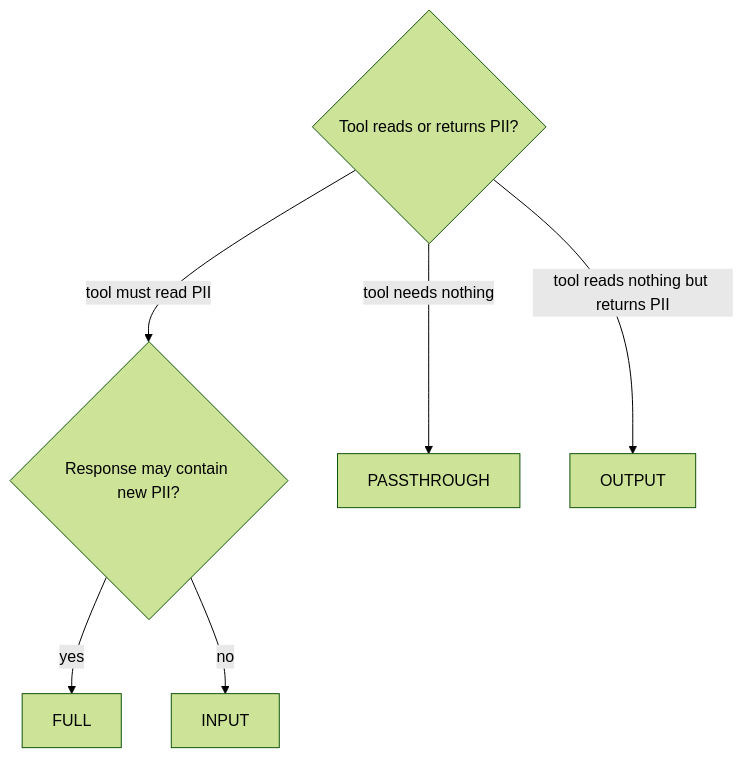
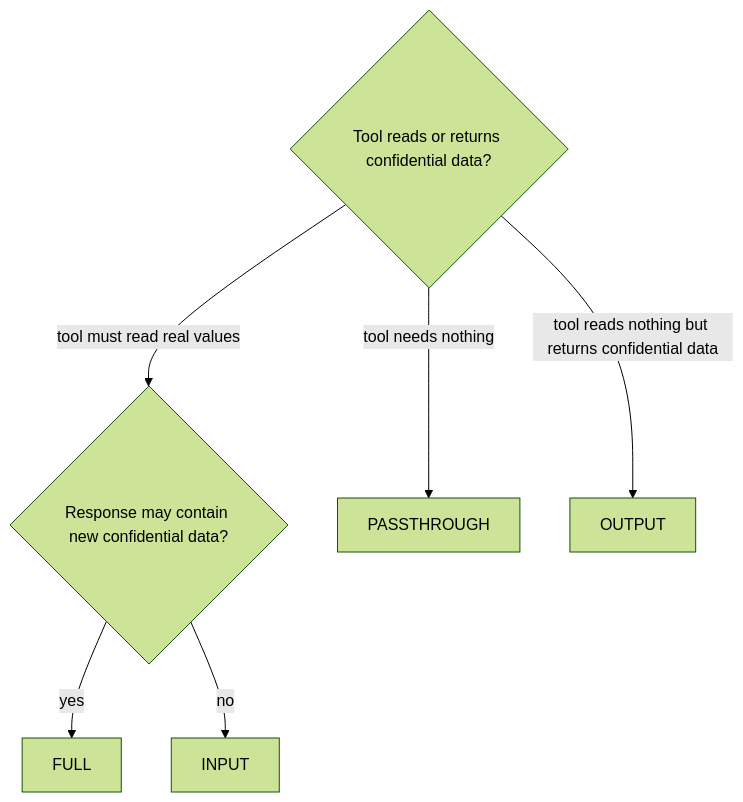
The second of 2 diagrams in docs/en/tool-call-strategies.md (Athroniaeth/piighost), drawn with Mermaid (forest theme) before and after one commit. The commit also changed other lines of this file and 62 other files, not shown here.

First line of the commit message:
docs: confidential data and de-identification across every page

````diff
--- a/docs/en/tool-call-strategies.md
+++ b/docs/en/tool-call-strategies.md
@@ -134,8 +134,8 @@
 ```mermaid
 flowchart TD
-    A{Tool reads or returns PII?} -->|tool must read PII| B{Response may contain new PII?}
+    A{Tool reads or returns confidential data?} -->|tool must read real values| B{Response may contain new confidential data?}
     A -->|tool needs nothing| E[PASSTHROUGH]
-    A -->|tool reads nothing but returns PII| F[OUTPUT]
+    A -->|tool reads nothing but returns confidential data| F[OUTPUT]
     B -->|yes| C[FULL]
     B -->|no| D[INPUT]
 ```
````
